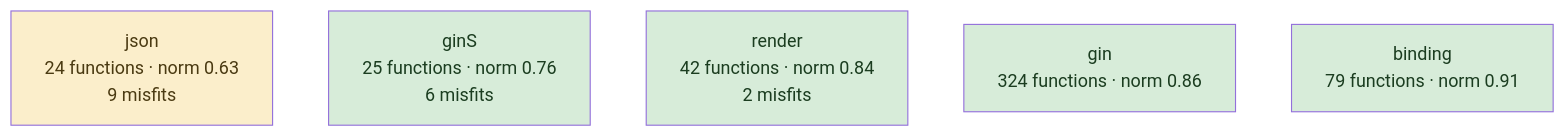
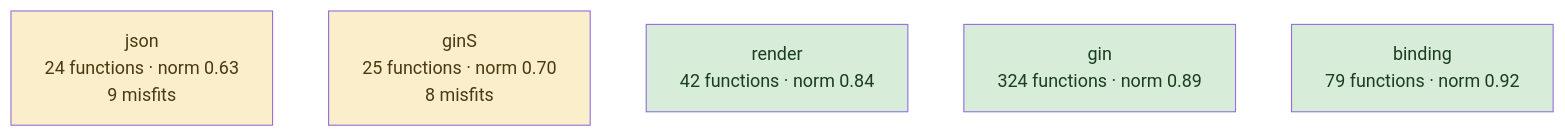
One commit to LukasSelin/doppel changed the third of 7 diagrams in examples/gin.md. Above: the diagram before and after it, drawn with Mermaid. The commit also changed other lines of this file and 66 other files, not shown here.

````diff
--- a/examples/gin.md
+++ b/examples/gin.md
@@ -131,13 +235,13 @@
 ```mermaid
 flowchart TD
     h0["json<br/>24 functions · norm 0.63<br/>9 misfits"]
-    h1["ginS<br/>25 functions · norm 0.76<br/>6 misfits"]
-    h2["render<br/>42 functions · norm 0.84<br/>2 misfits"]
-    h3["gin<br/>324 functions · norm 0.86"]
-    h4["binding<br/>79 functions · norm 0.91"]
+    h1["ginS<br/>25 functions · norm 0.70<br/>8 misfits"]
+    h2["render<br/>42 functions · norm 0.84"]
+    h3["gin<br/>324 functions · norm 0.89"]
+    h4["binding<br/>79 functions · norm 0.92"]
     classDef good fill:#d7ecd9,color:#1b3d20
     classDef warn fill:#fbeecb,color:#4a3a12
     classDef hot fill:#f7d6d6,color:#4a1c1c
-    class h1,h2,h3,h4 good
-    class h0 warn
+    class h2,h3,h4 good
+    class h0,h1 warn
 ```
````
